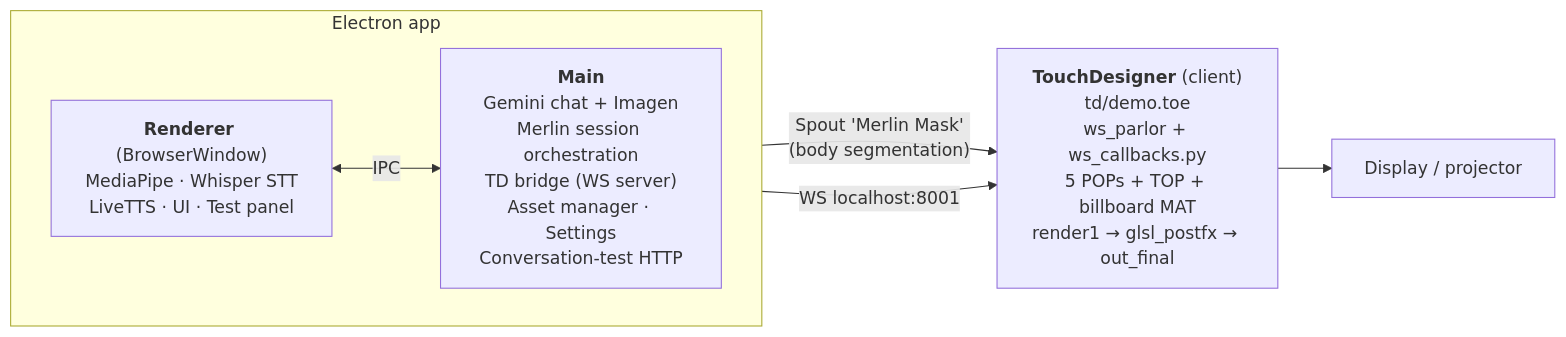
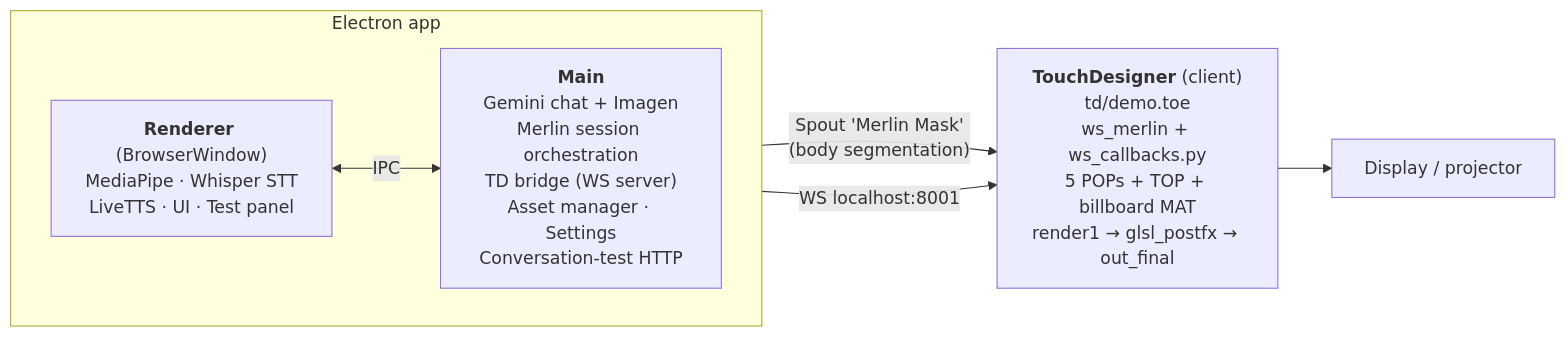
Before and after one commit to seethroughlab/merlin: the first of 3 diagrams in docs/architecture.md, drawn with Mermaid. The commit also changed 4 other files, not shown here.

First line of the commit message:
Rename: parlor -> merlin everywhere

````diff
--- a/docs/architecture.md
+++ b/docs/architecture.md
@@ -7,12 +7,12 @@
 ```mermaid
 flowchart LR
     subgraph Electron["Electron app"]
         direction LR
         Renderer["<b>Renderer</b> (BrowserWindow)<br/>MediaPipe · Whisper STT<br/>LiveTTS · UI · Test panel"]
         Main["<b>Main</b><br/>Gemini chat + Imagen<br/>Merlin session orchestration<br/>TD bridge (WS server)<br/>Asset manager · Settings<br/>Conversation-test HTTP"]
         Renderer <-- IPC --> Main
     end
     Renderer -- Spout 'Merlin Mask'<br/>(body segmentation) --> TD
-    Main -- WS localhost:8001 --> TD["<b>TouchDesigner</b> (client)<br/>td/demo.toe<br/>ws_parlor + ws_callbacks.py<br/>5 POPs + TOP + billboard MAT<br/>render1 → glsl_postfx → out_final"]
+    Main -- WS localhost:8001 --> TD["<b>TouchDesigner</b> (client)<br/>td/demo.toe<br/>ws_merlin + ws_callbacks.py<br/>5 POPs + TOP + billboard MAT<br/>render1 → glsl_postfx → out_final"]
     TD --> Display["Display / projector"]
 ```
````
